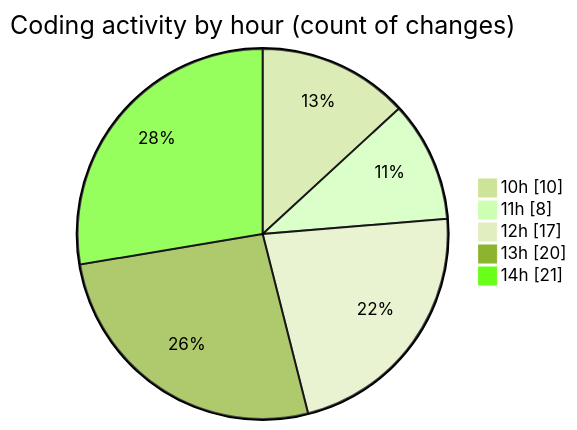
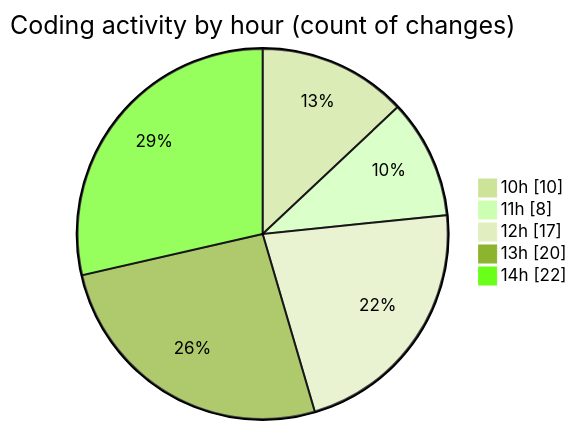
Before and after one commit to momahboobian/code-tracking: the second of 2 diagrams in 2025-12-03/cda/README.md, drawn with Mermaid (forest theme). The commit also changed other lines of this file and 1 other file, not shown here.

````diff
--- a/2025-12-03/cda/README.md
+++ b/2025-12-03/cda/README.md
@@ -44,9 +44,9 @@
 ```mermaid
 pie showData
 title Coding activity by hour (count of changes)
 "10h" : 10
 "11h" : 8
 "12h" : 17
 "13h" : 20
-"14h" : 21
+"14h" : 22
 ```
````
